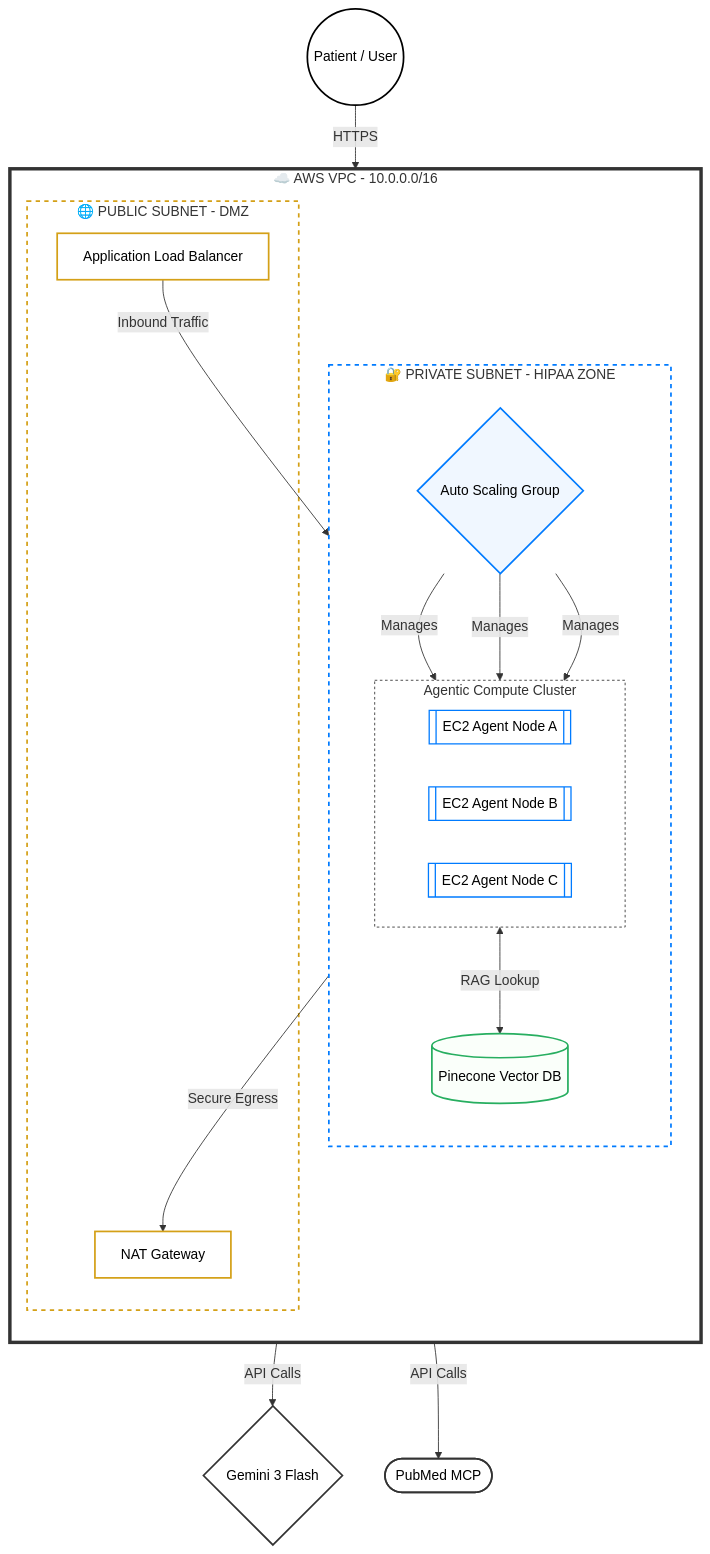
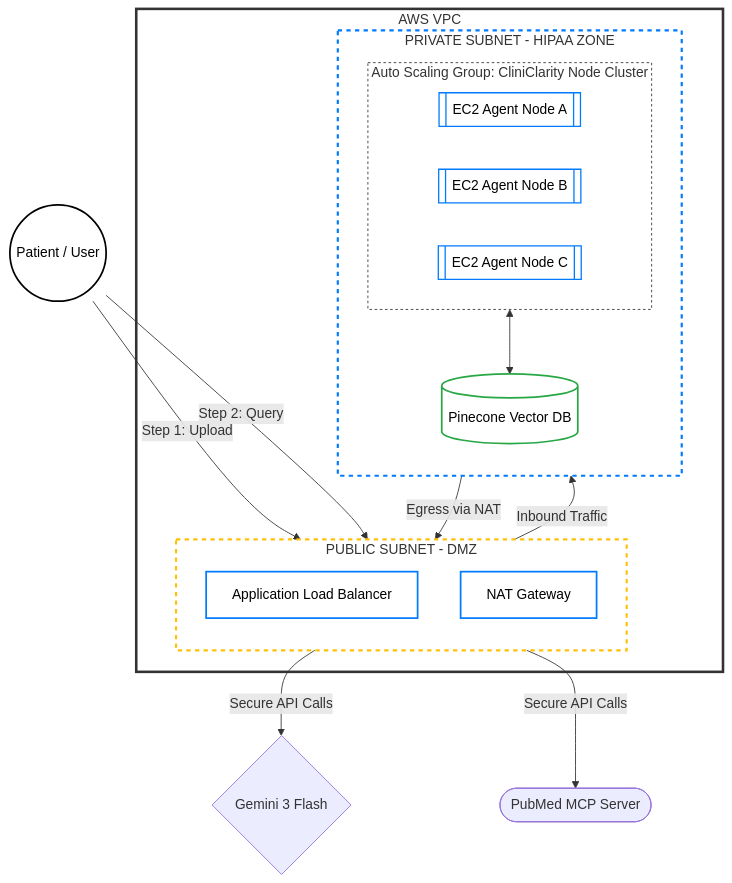
The second of 2 diagrams in docs/README.md (ramsundharVenkadesan/CliniClarity), drawn with Mermaid before and after one commit.

````diff
--- a/docs/README.md
+++ b/docs/README.md
@@ -139,61 +139,53 @@
 ```mermaid
 flowchart TD
-    %% 1. VIRTUAL PRIVATE CLOUD (VPC)
-    subgraph VPC [☁️ AWS VPC - 10.0.0.0/16]
-        direction TB
+    %% 1. USER ACCESS
+    U((Patient / User)):::userNode -->|Step 1: Upload| ALB[Application Load Balancer]
+    U -->|Step 2: Query| ALB
 
-        %% 2. PUBLIC TIER
-        subgraph DMZ [🌐 PUBLIC SUBNET - DMZ]
-            ALB[Application Load Balancer]:::resource
+    %% 2. VPC CONTAINER
+    subgraph VPC [AWS VPC]
+        
+        %% 3. PUBLIC TIER
+        subgraph PublicSubnet [PUBLIC SUBNET - DMZ]
+            direction TB
+            ALB:::resource
             NAT[NAT Gateway]:::resource
         end
 
-        %% 3. PRIVATE TIER
-        subgraph HIPAA [🔐 PRIVATE SUBNET - HIPAA ZONE]
+        %% 4. PRIVATE TIER
+        subgraph PrivateSubnet [PRIVATE SUBNET - HIPAA ZONE]
             direction TB
             
-            %% ASG as a Logic Node to avoid blocking text
-            ASG{Auto Scaling Group}:::asg
-            
-            subgraph COMPUTE [Agentic Compute Cluster]
+            subgraph ASG [Auto Scaling Group: CliniClarity Node Cluster]
                 direction LR
                 EC2_A[[EC2 Agent Node A]]:::instance
                 EC2_B[[EC2 Agent Node B]]:::instance
                 EC2_C[[EC2 Agent Node C]]:::instance
             end
 
             VDB[(Pinecone Vector DB)]:::database
         end
     end
 
-    %% 4. EXTERNAL SERVICES
-    U((Patient / User)):::userNode
-    GEMINI{Gemini 3 Flash}:::external
-    PUB([PubMed MCP]):::external
+    %% 5. EXTERNAL SERVICES
+    NAT -->|Secure API Calls| GEMINI{Gemini 3 Flash}
+    NAT -->|Secure API Calls| PUB([PubMed MCP Server])
 
-    %% Routing
-    U -->|HTTPS| ALB
+    %% Inter-Tier Connections
     ALB -->|Inbound Traffic| ASG
-    ASG -->|Manages| EC2_A
-    ASG -->|Manages| EC2_B
-    ASG -->|Manages| EC2_C
+    ASG <--> VDB
+    ASG -->|Egress via NAT| NAT
 
-    COMPUTE <-->|RAG Lookup| VDB
-    COMPUTE -->|Secure Egress| NAT
-    
-    NAT -->|API Calls| GEMINI
-    NAT -->|API Calls| PUB
+    %% Dark-Mode Optimized High-Contrast Styling
+    %% These classes guarantee black text on a white box with colored borders
+    classDef userNode fill:#ffffff,stroke:#000000,stroke-width:2px,color:#000000;
+    classDef resource fill:#ffffff,stroke:#007bff,stroke-width:2px,color:#000000;
+    classDef instance fill:#ffffff,stroke:#007bff,stroke-width:1.5px,color:#000000;
+    classDef database fill:#ffffff,stroke:#28a745,stroke-width:2px,color:#000000;
 
-    %% Styling for High Contrast (Dark/Light Mode)
-    classDef userNode fill:#ffffff,stroke:#000,stroke-width:2px,color:#000
-    classDef resource fill:#ffffff,stroke:#d4a017,stroke-width:2px,color:#000
-    classDef asg fill:#f0f7ff,stroke:#007bff,stroke-width:2px,color:#000
-    classDef instance fill:#ffffff,stroke:#007bff,stroke-width:1.5px,color:#000
-    classDef database fill:#fafffa,stroke:#27ae60,stroke-width:2px,color:#000
-    classDef external fill:#ffffff,stroke:#333,stroke-width:2px,color:#000
-
-    style VPC fill:none,stroke:#333,stroke-width:4px
-    style DMZ fill:none,stroke:#d4a017,stroke-width:2px,stroke-dasharray: 5 5
-    style HIPAA fill:none,stroke:#007bff,stroke-width:2px,stroke-dasharray: 5 5
-    style COMPUTE fill:none,stroke:#333,stroke-width:1px,stroke-dasharray: 3 3
+    %% Subnet & VPC Styles (No Fill, Bold Dashed Borders)
+    style VPC fill:none,stroke:#333333,stroke-width:3px;
+    style PublicSubnet fill:none,stroke:#ffc107,stroke-width:2.5px,stroke-dasharray: 5 5;
+    style PrivateSubnet fill:none,stroke:#007bff,stroke-width:2.5px,stroke-dasharray: 5 5;
+    style ASG fill:none,stroke:#333333,stroke-width:1px,stroke-dasharray: 3 3;
 ```
````
